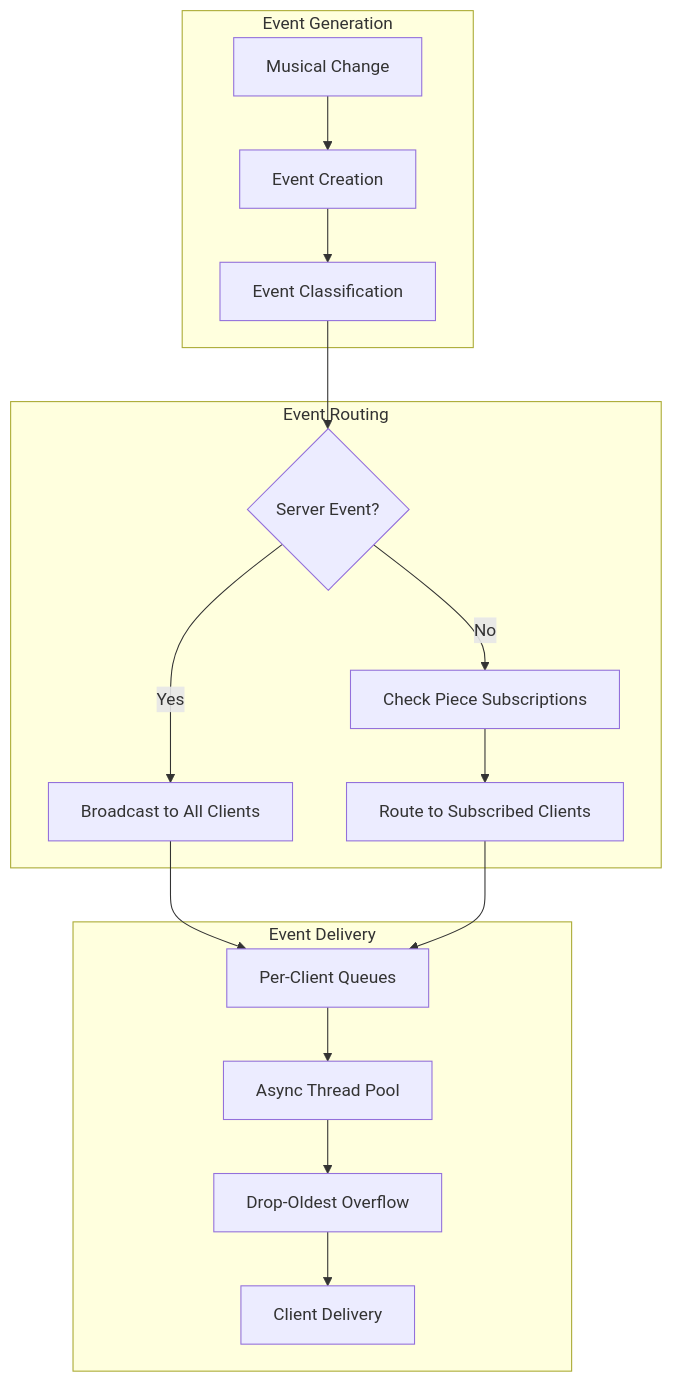
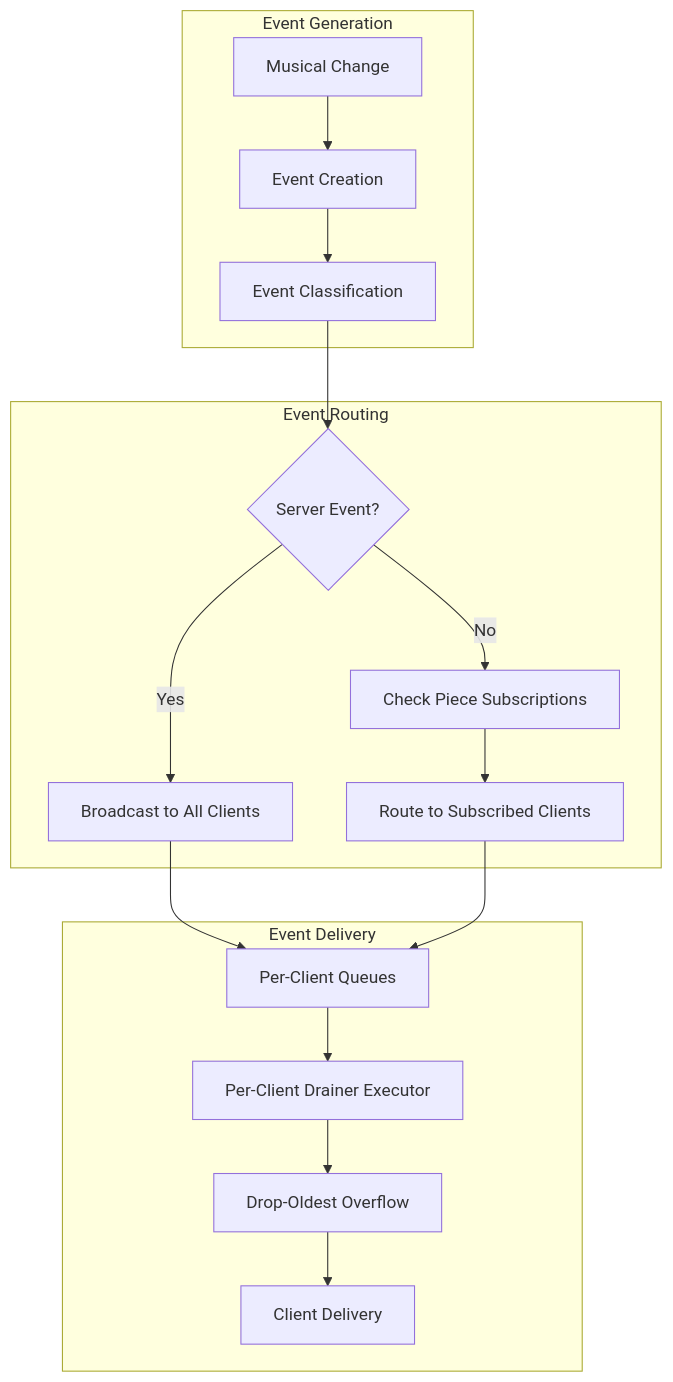
One commit to PeterBengtson/Ooloi-docs changed the third of 3 diagrams in guides/OOLOI_SERVER_ARCHITECTURAL_GUIDE.md. Above: the diagram before and after it, drawn with Mermaid. The commit also changed other lines of this file and 15 other files, not shown here.

````diff
--- a/guides/OOLOI_SERVER_ARCHITECTURAL_GUIDE.md
+++ b/guides/OOLOI_SERVER_ARCHITECTURAL_GUIDE.md
@@ -255,22 +271,22 @@
 ```mermaid
 graph TB
     subgraph "Event Generation"
     A[Musical Change] --> B[Event Creation]
     B --> C[Event Classification]
     end
     
     subgraph "Event Routing"
     C --> D{Server Event?}
     D -->|Yes| E[Broadcast to All Clients]
     D -->|No| F[Check Piece Subscriptions]
     F --> G[Route to Subscribed Clients]
     end
     
     subgraph "Event Delivery"
     E --> H[Per-Client Queues]
     G --> H
-    H --> I[Async Thread Pool]
+    H --> I[Per-Client Drainer Executor]
     I --> J[Drop-Oldest Overflow]
     J --> K[Client Delivery]
     end
 ```
````
